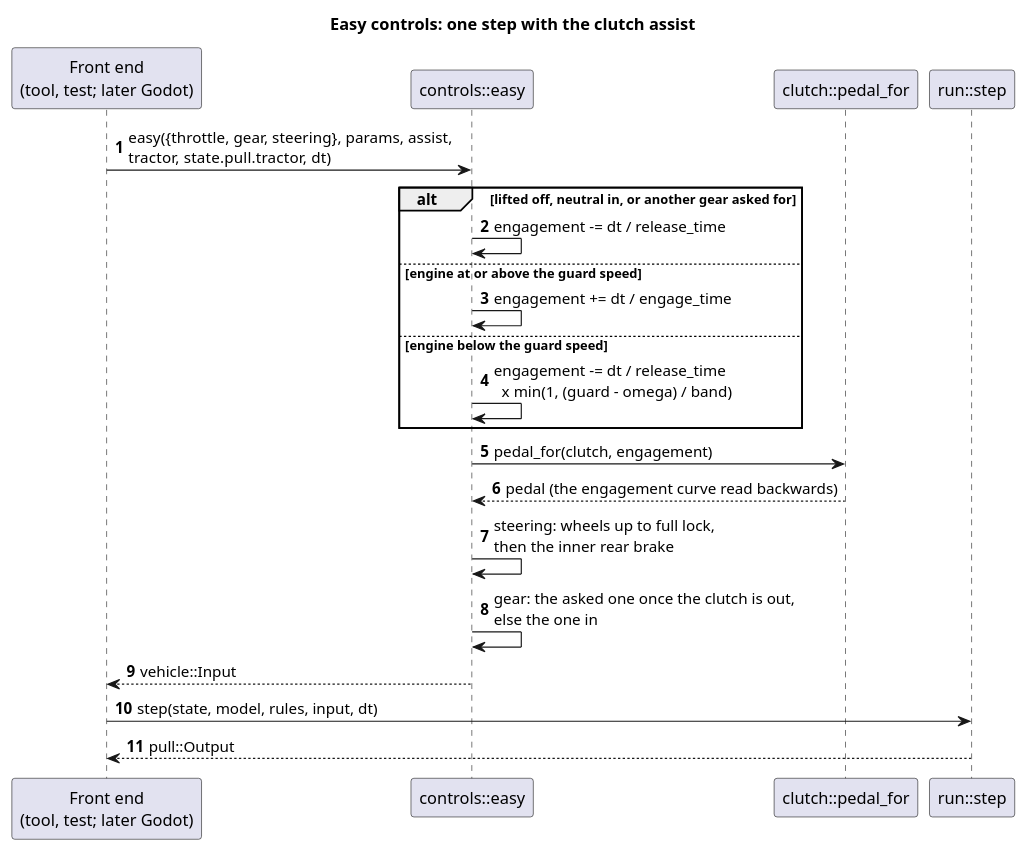
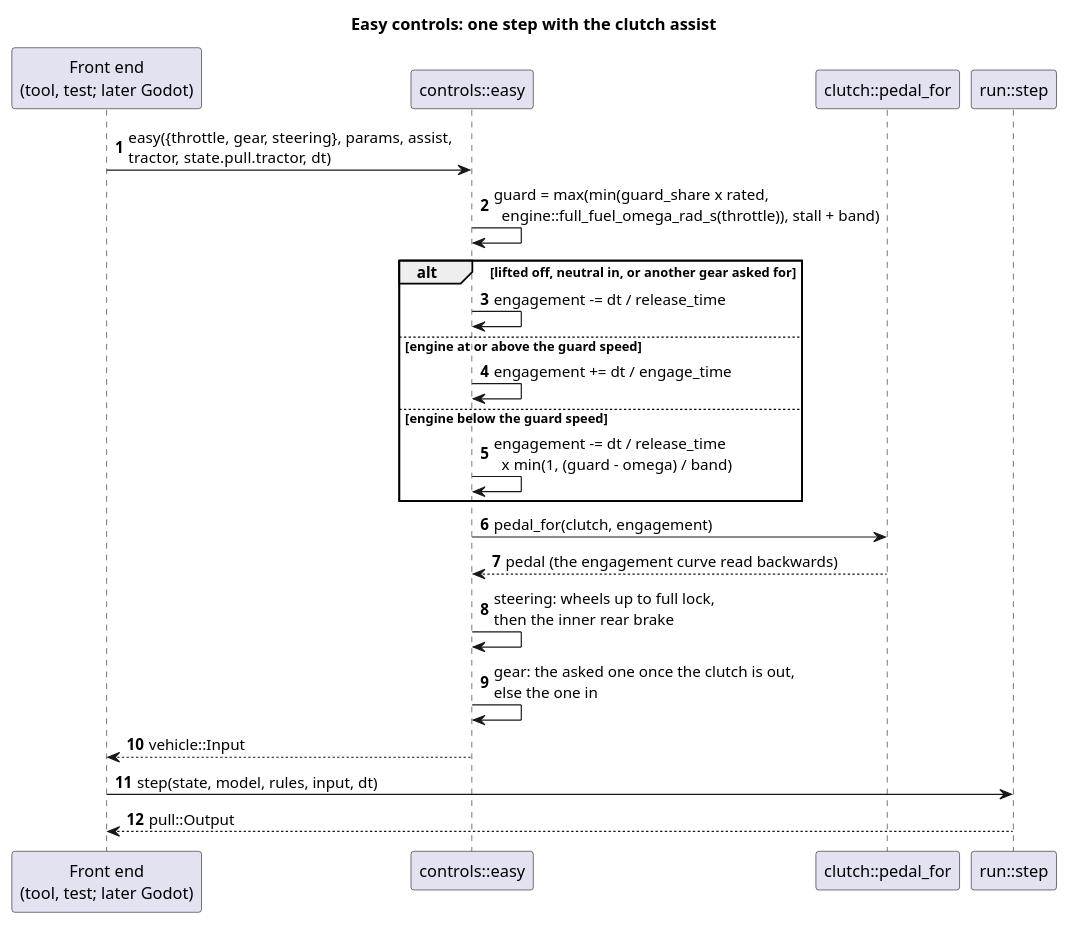
One commit to wversteeg/TractorPulling changed the diagram in docs/diagrams/easy_controls_sequence.puml. Above: the diagram before and after it, drawn with PlantUML. The commit also changed 14 other files, not shown here.

```diff
--- a/docs/diagrams/easy_controls_sequence.puml
+++ b/docs/diagrams/easy_controls_sequence.puml
@@ -1,24 +1,25 @@
 @startuml easy_controls_sequence
 title Easy controls: one step with the clutch assist
 autonumber
 participant "Front end\n(tool, test; later Godot)" as Frontend
 participant "controls::easy" as Easy
 participant "clutch::pedal_for" as PedalFor
 participant "run::step" as Run
 
 Frontend -> Easy : easy({throttle, gear, steering}, params, assist,\ntractor, state.pull.tractor, dt)
+Easy -> Easy : guard = max(min(guard_share x rated,\n  engine::full_fuel_omega_rad_s(throttle)), stall + band)
 alt lifted off, neutral in, or another gear asked for
   Easy -> Easy : engagement -= dt / release_time
 else engine at or above the guard speed
   Easy -> Easy : engagement += dt / engage_time
 else engine below the guard speed
   Easy -> Easy : engagement -= dt / release_time\n  x min(1, (guard - omega) / band)
 end
 Easy -> PedalFor : pedal_for(clutch, engagement)
 PedalFor --> Easy : pedal (the engagement curve read backwards)
 Easy -> Easy : steering: wheels up to full lock,\nthen the inner rear brake
 Easy -> Easy : gear: the asked one once the clutch is out,\nelse the one in
 Easy --> Frontend : vehicle::Input
 Frontend -> Run : step(state, model, rules, input, dt)
 Run --> Frontend : pull::Output
 @enduml
```
